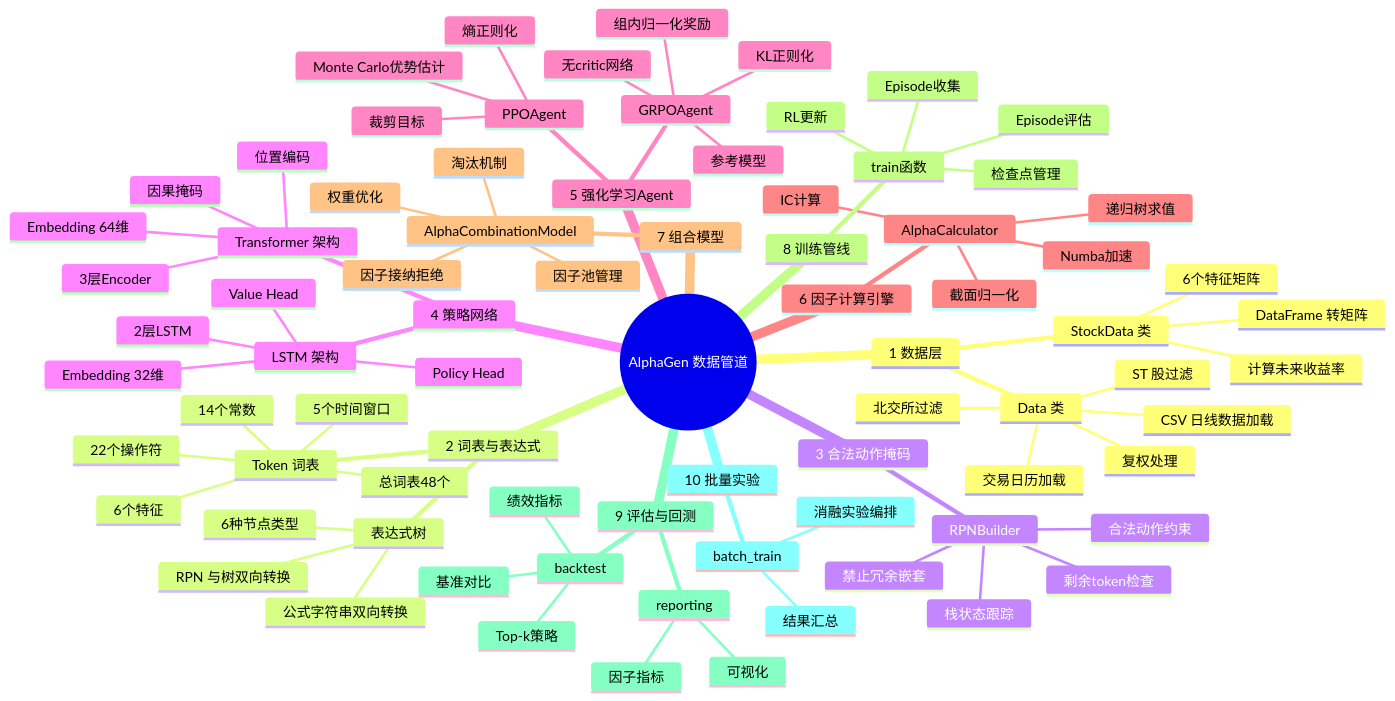
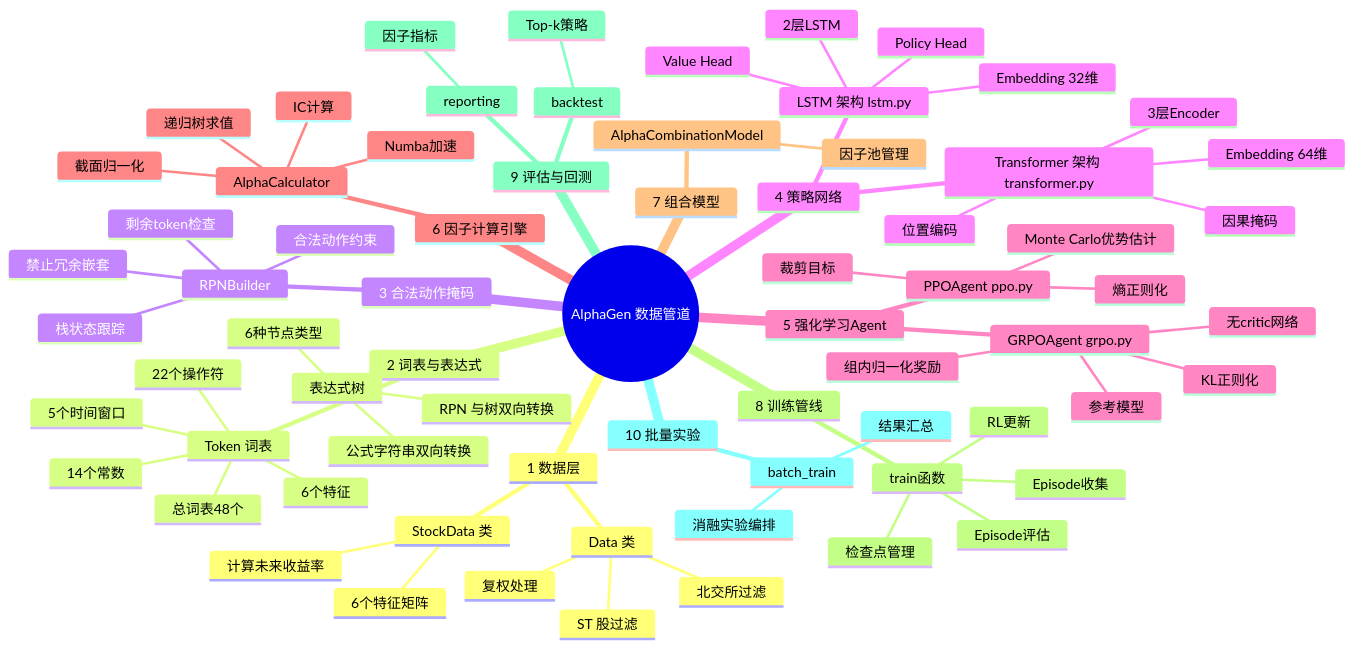
Before and after one commit to joshuaxql/alphagen: the diagram in README.md, drawn with Mermaid. The commit also changed other lines of this file and 8 other files, not shown here.

```diff
--- a/README.md
+++ b/README.md
@@ -12,13 +12,10 @@
   root((AlphaGen 数据管道))
     1 数据层
       Data 类
-        CSV 日线数据加载
         复权处理
         ST 股过滤
         北交所过滤
-        交易日历加载
       StockData 类
-        DataFrame 转矩阵
         6个特征矩阵
         计算未来收益率
     2 词表与表达式
@@ -39,22 +36,22 @@
         禁止冗余嵌套
         剩余token检查
     4 策略网络
-      LSTM 架构
+      LSTM 架构 lstm.py
         Embedding 32维
         2层LSTM
         Policy Head
         Value Head
-      Transformer 架构
+      Transformer 架构 transformer.py
         Embedding 64维
         位置编码
         3层Encoder
         因果掩码
     5 强化学习Agent
-      PPOAgent
+      PPOAgent ppo.py
         Monte Carlo优势估计
         裁剪目标
         熵正则化
-      GRPOAgent
+      GRPOAgent grpo.py
         组内归一化奖励
         KL正则化
         参考模型
@@ -68,9 +65,6 @@
     7 组合模型
       AlphaCombinationModel
         因子池管理
-        权重优化
-        因子接纳拒绝
-        淘汰机制
     8 训练管线
       train函数
         Episode收集
@@ -80,11 +74,8 @@
     9 评估与回测
       reporting
         因子指标
-        可视化
       backtest
         Top-k策略
-        绩效指标
-        基准对比
     10 批量实验
       batch_train
         消融实验编排
```
